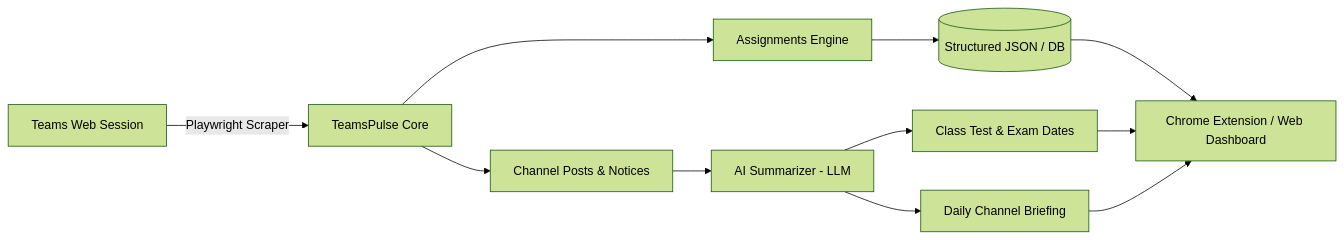
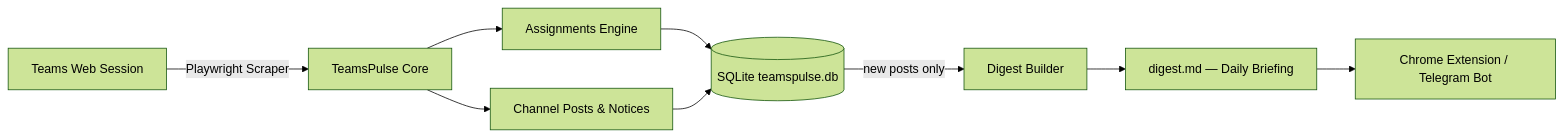
One commit to Sa-Alfy/teampulse changed the diagram in README.md. Above: the diagram before and after it, drawn with Mermaid (forest theme). The commit also changed other lines of this file and 5 other files, not shown here.

````diff
--- a/README.md
+++ b/README.md
@@ -22,11 +23,11 @@
 ```mermaid
 flowchart LR
     A[Teams Web Session] -->|Playwright Scraper| B[TeamsPulse Core]
     B --> C[Assignments Engine]
     B --> D[Channel Posts & Notices]
-    C --> E[(Structured JSON / DB)]
-    D --> F[AI Summarizer - LLM]
-    F --> G[Class Test & Exam Dates]
-    F --> H[Daily Channel Briefing]
-    E & G & H --> I[Chrome Extension / Web Dashboard]
+    C --> E[(SQLite teamspulse.db)]
+    D --> E
+    E -->|new posts only| F[Digest Builder]
+    F --> G[digest.md — Daily Briefing]
+    G --> H[Chrome Extension / Telegram Bot]
 ```
````
